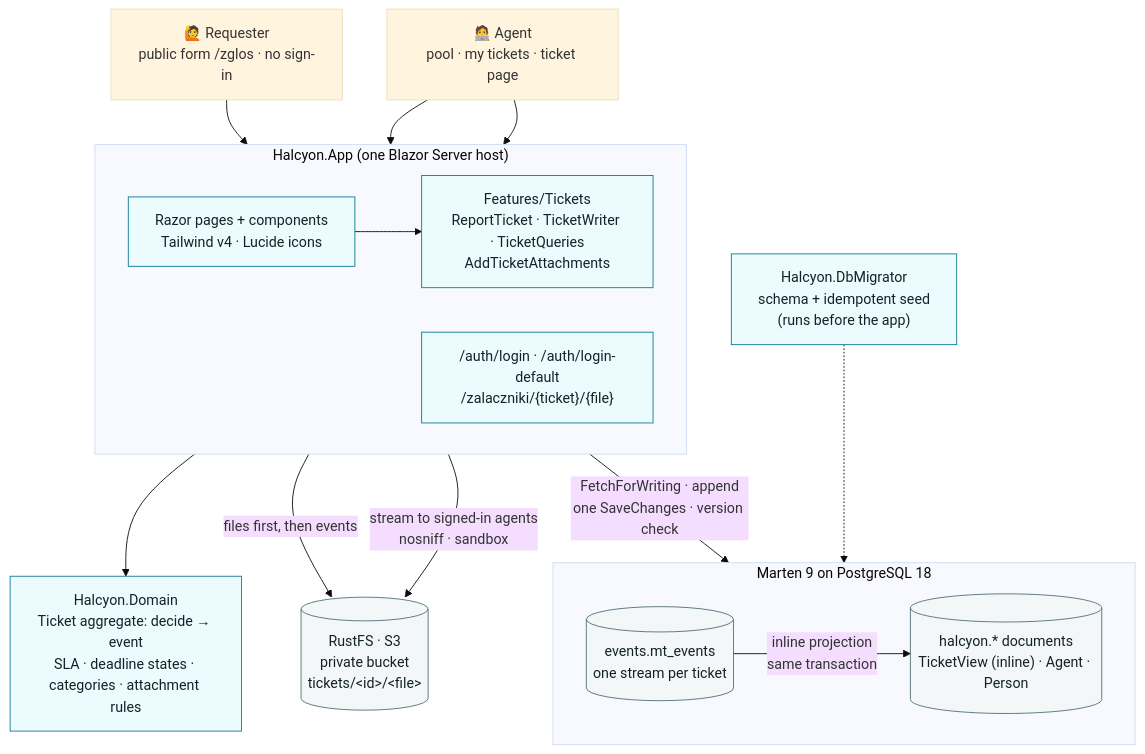
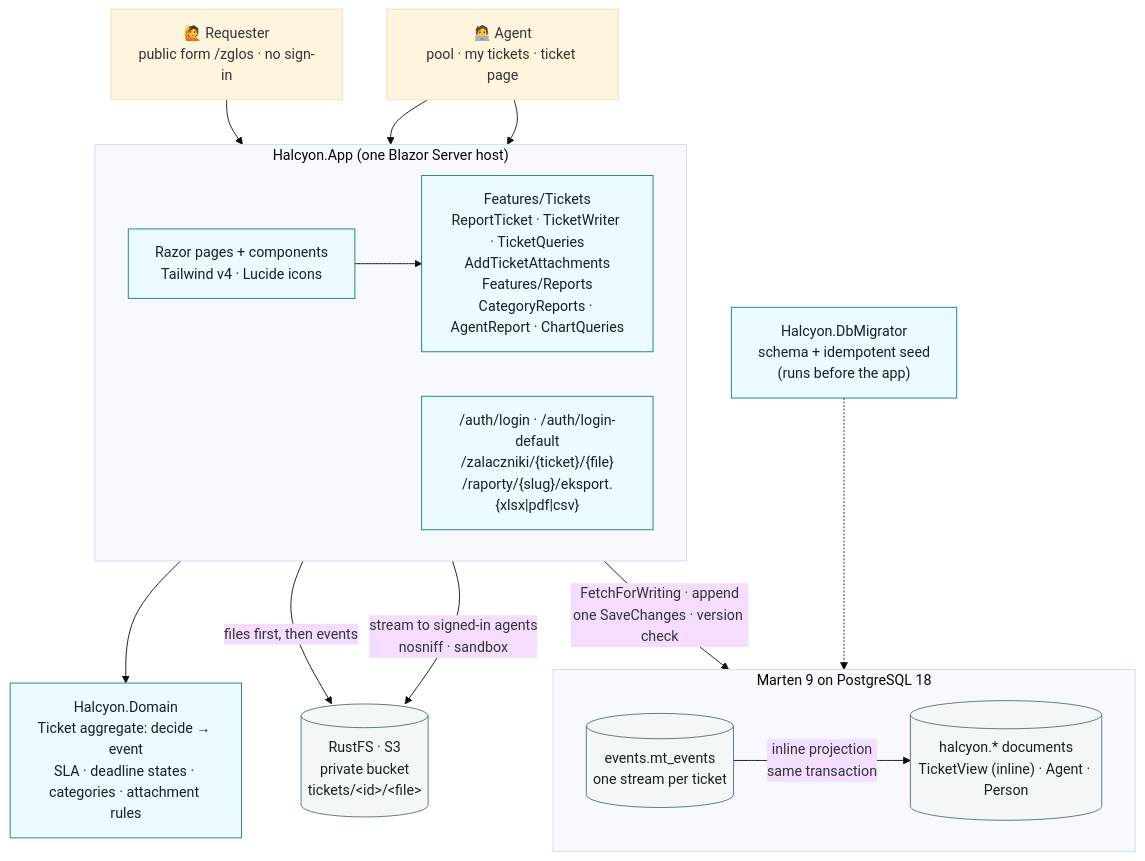
Before and after one commit to kldev/marten.task.event.store: the first of 7 diagrams in README.md, drawn with Mermaid (base theme). The commit also changed other lines of this file and 24 other files, not shown here.

First line of the commit message:
test(e2e): portal tour with screenshots, docs/Portal.md with new diagrams

````diff
--- a/README.md
+++ b/README.md
@@ -89,38 +92,38 @@
 ```mermaid
 flowchart TB
     requester["🙋 Requester<br/>public form /zglos · no sign-in"]
     agent["🧑‍💻 Agent<br/>pool · my tickets · ticket page"]
 
     subgraph host["Halcyon.App (one Blazor Server host)"]
         direction LR
         pages["Razor pages + components<br/>Tailwind v4 · Lucide icons"]
-        features["Features/Tickets<br/>ReportTicket · TicketWriter · TicketQueries<br/>AddTicketAttachments"]
-        endpoints["/auth/login · /auth/login-default<br/>/zalaczniki/{ticket}/{file}"]
+        features["Features/Tickets<br/>ReportTicket · TicketWriter · TicketQueries<br/>AddTicketAttachments<br/>Features/Reports<br/>CategoryReports · AgentReport · ChartQueries"]
+        endpoints["/auth/login · /auth/login-default<br/>/zalaczniki/{ticket}/{file}<br/>/raporty/{slug}/eksport.{xlsx|pdf|csv}"]
     end
 
     domain["Halcyon.Domain<br/>Ticket aggregate: decide → event<br/>SLA · deadline states · categories · attachment rules"]
 
     subgraph marten["Marten 9 on PostgreSQL 18"]
         direction LR
         events[("events.mt_events<br/>one stream per ticket")]
         docs[("halcyon.* documents<br/>TicketView (inline) · Agent · Person")]
     end
 
     s3[("RustFS · S3<br/>private bucket<br/>tickets/&lt;id&gt;/&lt;file&gt;")]
     migrator["Halcyon.DbMigrator<br/>schema + idempotent seed<br/>(runs before the app)"]
 
     requester & agent --> pages
     pages --> features
     agent --> endpoints
     features --> domain
     features -- "FetchForWriting · append<br/>one SaveChanges · version check" --> events
     events -- "inline projection<br/>same transaction" --> docs
     features -- "files first, then events" --> s3
     endpoints -- "stream to signed-in agents<br/>nosniff · sandbox" --> s3
     migrator -.-> docs
 
     classDef proc fill:#ecfbfd,stroke:#0b7a95,color:#132226
     classDef store fill:#f4f7f8,stroke:#4f6e77,color:#132226
     class pages,features,endpoints,domain,migrator proc
     class events,docs,s3 store
 ```
````
